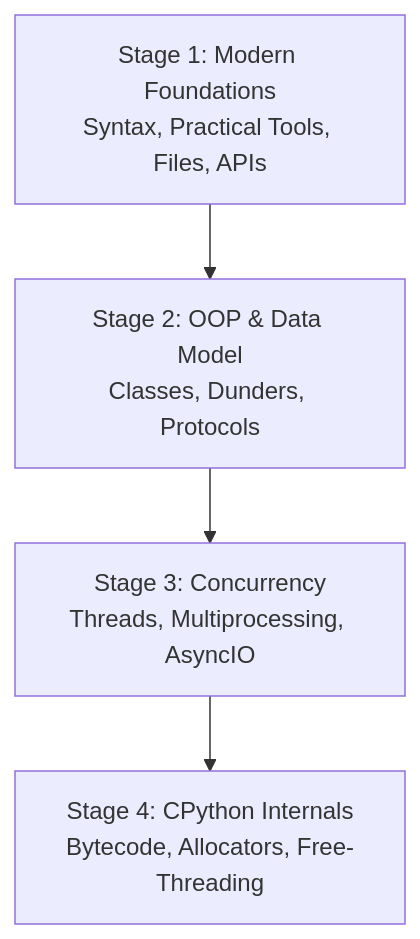
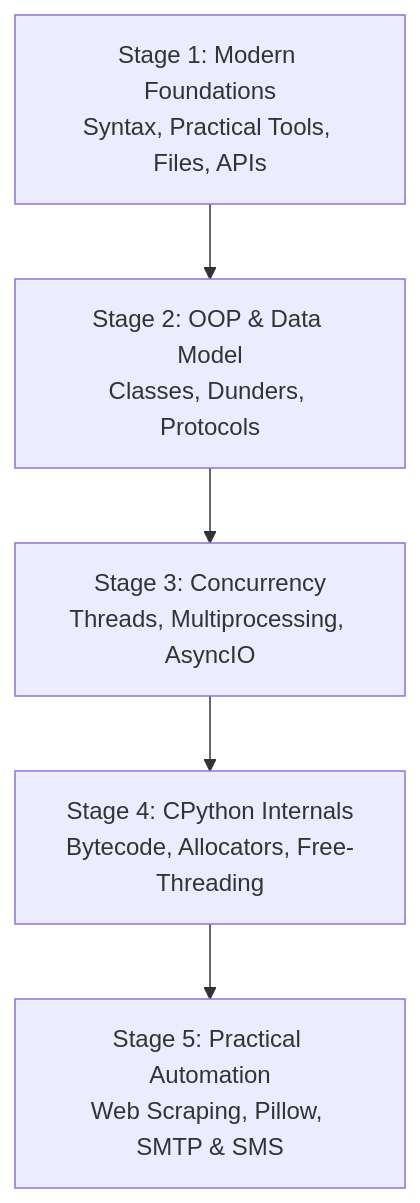
Before and after one commit to 1345AbhishekKumar/cs-cookbook: the diagram in content/docs/learn-python/index.mdx, drawn with Mermaid. The commit also changed other lines of this file and 211 other files, not shown here.

````diff
--- a/content/docs/learn-python/index.mdx
+++ b/content/docs/learn-python/index.mdx
@@ -24,6 +24,7 @@
 ```mermaid
 flowchart TD
     A["Stage 1: Modern Foundations<br/>Syntax, Practical Tools, Files, APIs"] --> B["Stage 2: OOP & Data Model<br/>Classes, Dunders, Protocols"]
     B --> C["Stage 3: Concurrency<br/>Threads, Multiprocessing, AsyncIO"]
     C --> D["Stage 4: CPython Internals<br/>Bytecode, Allocators, Free-Threading"]
+    D --> E["Stage 5: Practical Automation<br/>Web Scraping, Pillow, SMTP & SMS"]
 ```
````
